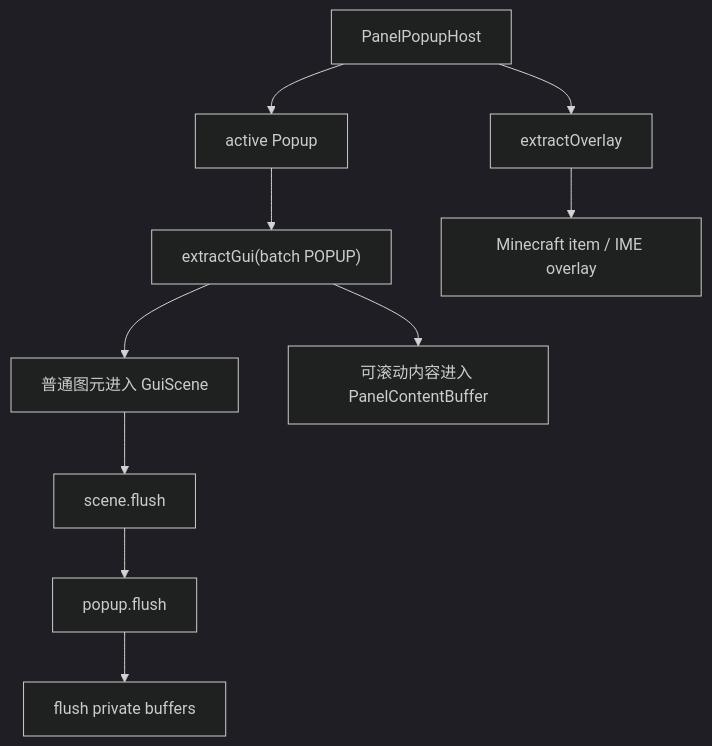
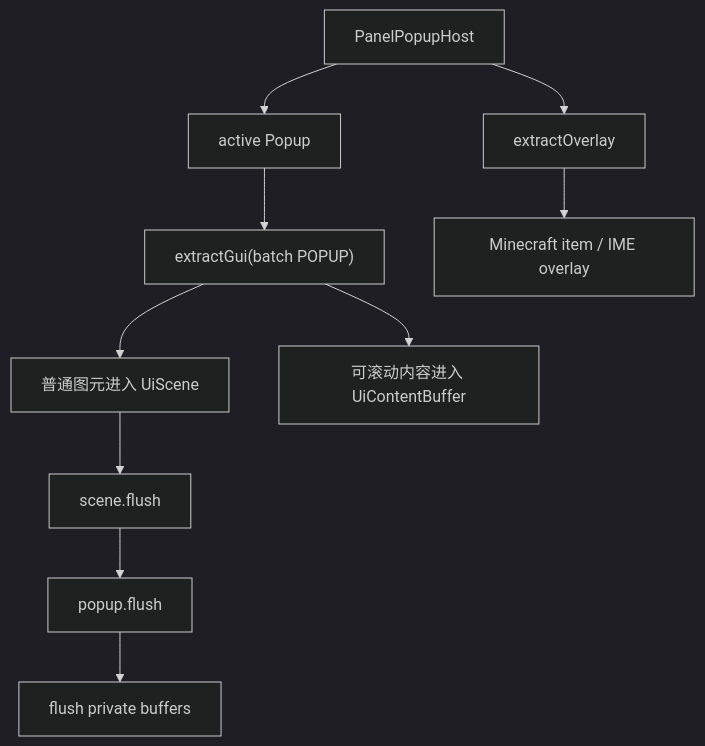
One commit to liuyyx/eps-plus changed the seventh of 7 diagrams in docs/gui.md. Above: the diagram before and after it, drawn with Mermaid (dark theme). The commit also changed other lines of this file and 195 other files, not shown here.

````diff
--- a/docs/gui.md
+++ b/docs/gui.md
@@ -177,12 +179,12 @@
 ```mermaid
 flowchart TD
     A["PanelPopupHost"] --> B["active Popup"]
     B --> C["extractGui(batch POPUP)"]
-    C --> D["普通图元进入 GuiScene"]
-    C --> E["可滚动内容进入 PanelContentBuffer"]
+    C --> D["普通图元进入 UiScene"]
+    C --> E["可滚动内容进入 UiContentBuffer"]
     D --> F["scene.flush"]
     F --> G["popup.flush"]
     G --> H["flush private buffers"]
     A --> I["extractOverlay"]
     I --> J["Minecraft item / IME overlay"]
 ```
````
